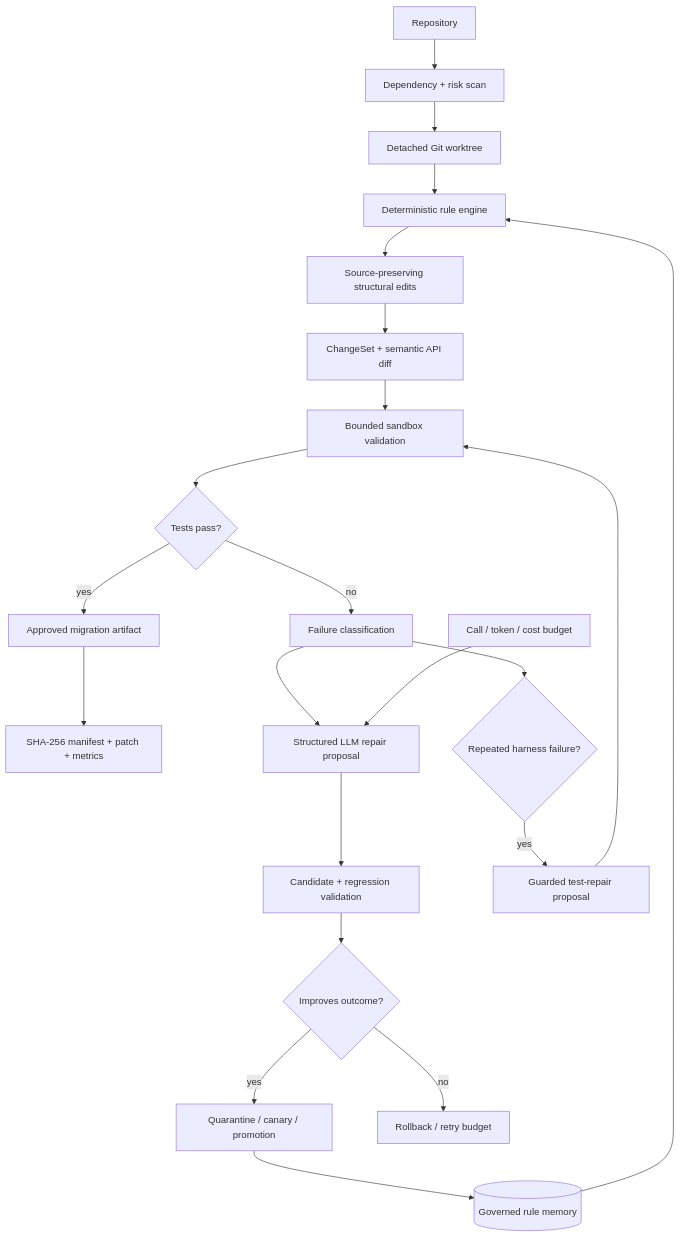
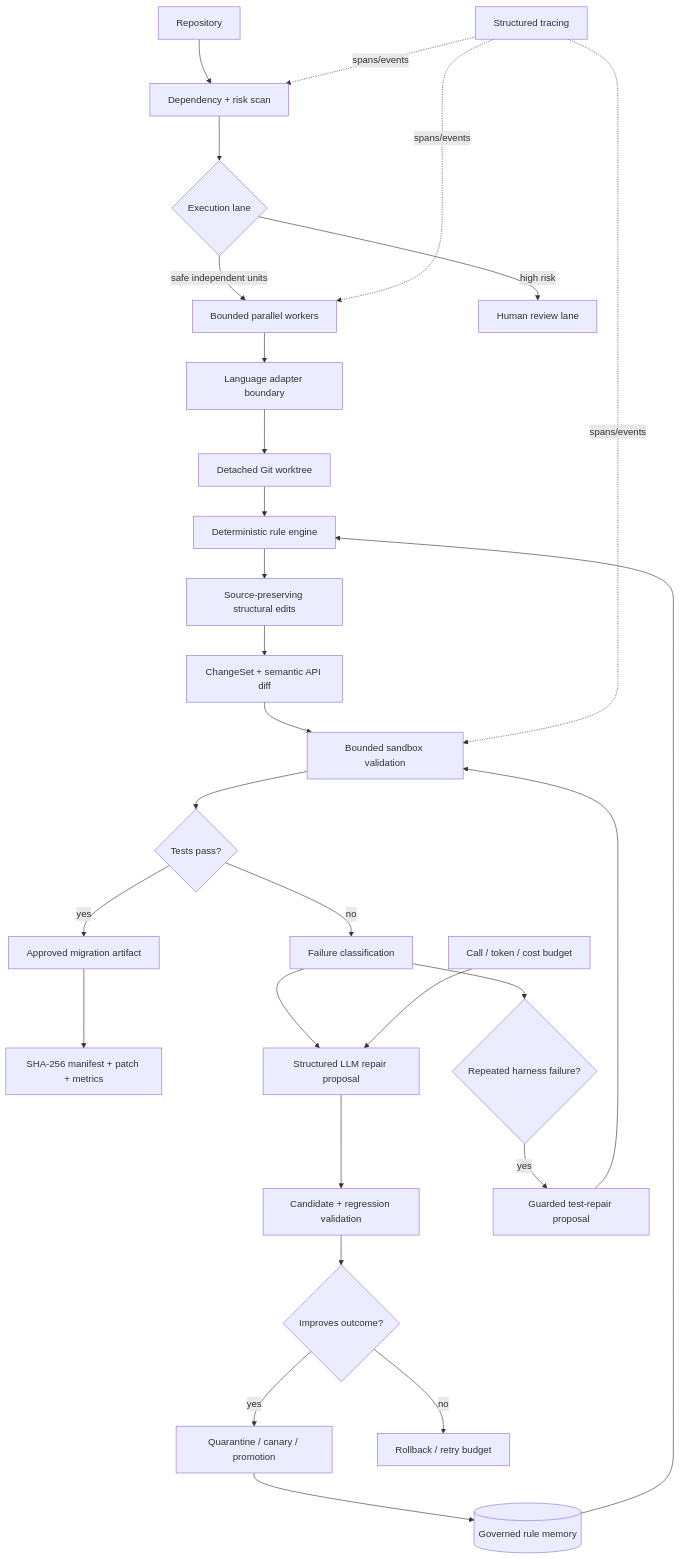
Before and after one commit to cagataykavas/agentic-migrator: the first of 2 diagrams in README.md, drawn with Mermaid. The commit also changed other lines of this file, not shown here.

Commit message:
docs: surface tracing parallel execution and language adapter boundaries

````diff
--- a/README.md
+++ b/README.md
@@ -11,27 +11,35 @@
 ```mermaid
 flowchart TD
     REPO[Repository] --> SCAN[Dependency + risk scan]
-    SCAN --> WT[Detached Git worktree]
+    SCAN --> PART{Execution lane}
+    PART -->|safe independent units| PAR[Bounded parallel workers]
+    PART -->|high risk| HUMAN[Human review lane]
+    PAR --> ADAPT[Language adapter boundary]
+    ADAPT --> WT[Detached Git worktree]
     WT --> RULES[Deterministic rule engine]
     MEMORY[(Governed rule memory)] --> RULES
     RULES --> EDIT[Source-preserving structural edits]
     EDIT --> DIFF[ChangeSet + semantic API diff]
     DIFF --> TEST[Bounded sandbox validation]
     TEST --> PASS{Tests pass?}
 
     PASS -- yes --> ACCEPT[Approved migration artifact]
     ACCEPT --> MANIFEST[SHA-256 manifest + patch + metrics]
 
     PASS -- no --> CLASSIFY[Failure classification]
     CLASSIFY --> LLM[Structured LLM repair proposal]
     BUDGET[Call / token / cost budget] --> LLM
     LLM --> REGRESS[Candidate + regression validation]
     REGRESS --> GOOD{Improves outcome?}
     GOOD -- yes --> GOV[Quarantine / canary / promotion]
     GOV --> MEMORY
     GOOD -- no --> ROLLBACK[Rollback / retry budget]
 
     CLASSIFY --> HARNESS{Repeated harness failure?}
     HARNESS -- yes --> TESTFIX[Guarded test-repair proposal]
     TESTFIX --> TEST
+
+    TRACE[Structured tracing] -. spans/events .-> SCAN
+    TRACE -. spans/events .-> PAR
+    TRACE -. spans/events .-> TEST
 ```
````
